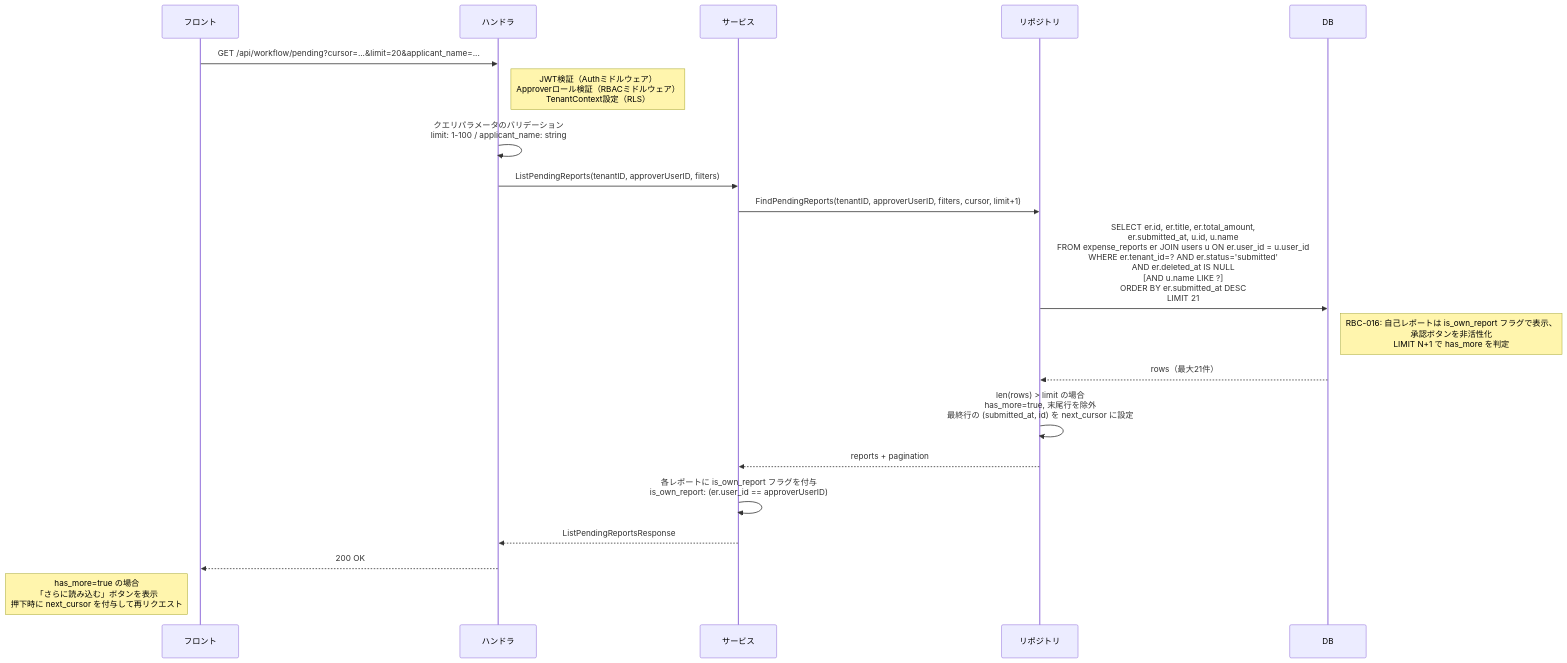
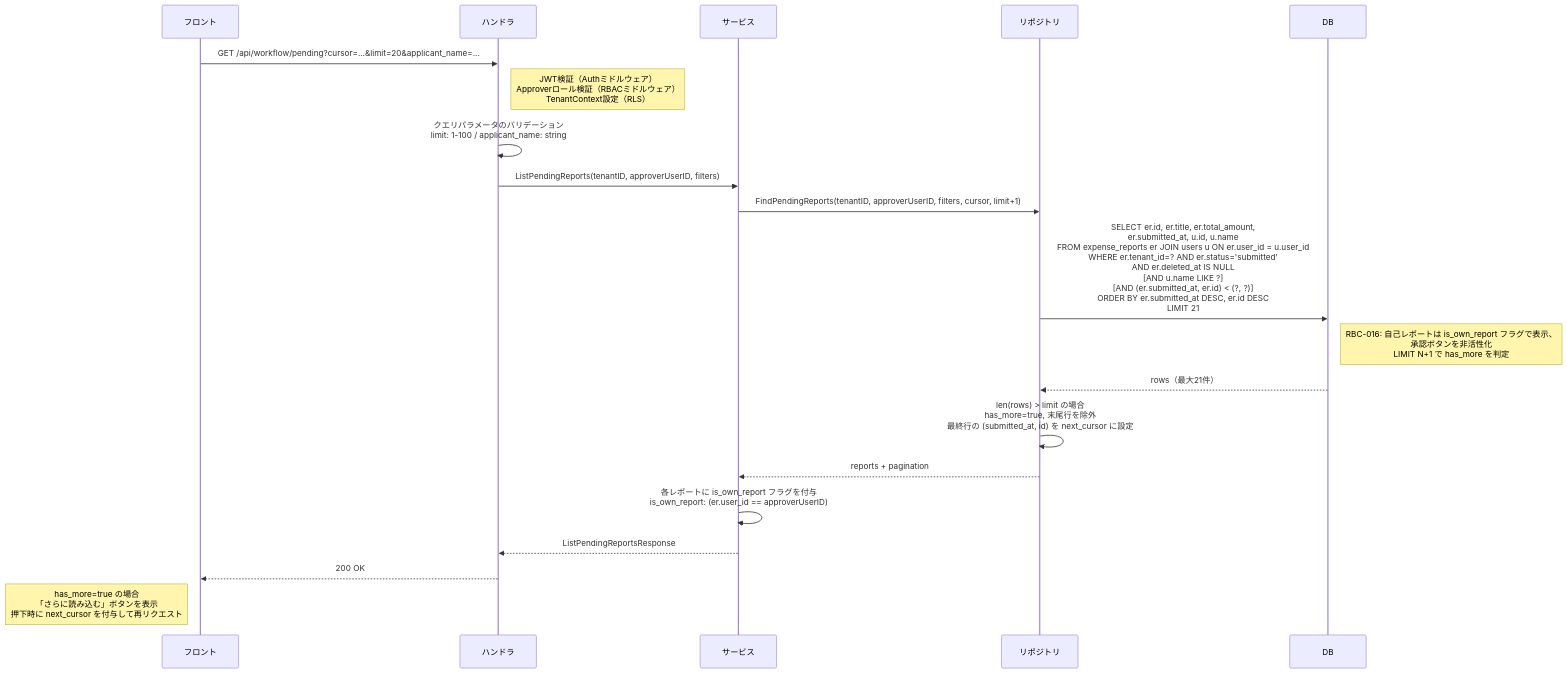
Before and after one commit to atsuro128/dev-journal: the diagram in deliverables/docs/50_detail_design/screens/workflow-pending.md, drawn with Mermaid. The commit also changed 3 other files, not shown here.

First line of the commit message:
fix: codex レビュー指摘3件を修正（シーケンス図）

````diff
--- a/deliverables/docs/50_detail_design/screens/workflow-pending.md
+++ b/deliverables/docs/50_detail_design/screens/workflow-pending.md
@@ -272,23 +272,23 @@
 ```mermaid
 sequenceDiagram
     participant F as フロント
     participant H as ハンドラ
     participant S as サービス
     participant R as リポジトリ
     participant DB as DB
 
     F->>H: GET /api/workflow/pending?cursor=...&limit=20&applicant_name=...
     Note right of H: JWT検証（Authミドルウェア）<br/>Approverロール検証（RBACミドルウェア）<br/>TenantContext設定（RLS）
     H->>H: クエリパラメータのバリデーション<br/>limit: 1-100 / applicant_name: string
     H->>S: ListPendingReports(tenantID, approverUserID, filters)
     S->>R: FindPendingReports(tenantID, approverUserID, filters, cursor, limit+1)
-    R->>DB: SELECT er.id, er.title, er.total_amount,<br/>er.submitted_at, u.id, u.name<br/>FROM expense_reports er JOIN users u ON er.user_id = u.user_id<br/>WHERE er.tenant_id=? AND er.status='submitted'<br/>AND er.deleted_at IS NULL<br/>[AND u.name LIKE ?]<br/>ORDER BY er.submitted_at DESC<br/>LIMIT 21
+    R->>DB: SELECT er.id, er.title, er.total_amount,<br/>er.submitted_at, u.id, u.name<br/>FROM expense_reports er JOIN users u ON er.user_id = u.user_id<br/>WHERE er.tenant_id=? AND er.status='submitted'<br/>AND er.deleted_at IS NULL<br/>[AND u.name LIKE ?]<br/>[AND (er.submitted_at, er.id) < (?, ?)]<br/>ORDER BY er.submitted_at DESC, er.id DESC<br/>LIMIT 21
     Note right of DB: RBC-016: 自己レポートは is_own_report フラグで表示、<br/>承認ボタンを非活性化<br/>LIMIT N+1 で has_more を判定
     DB-->>R: rows（最大21件）
     R->>R: len(rows) > limit の場合<br/>has_more=true, 末尾行を除外<br/>最終行の (submitted_at, id) を next_cursor に設定
     R-->>S: reports + pagination
     S->>S: 各レポートに is_own_report フラグを付与<br/>is_own_report: (er.user_id == approverUserID)
     S-->>H: ListPendingReportsResponse
     H-->>F: 200 OK
     Note left of F: has_more=true の場合<br/>「さらに読み込む」ボタンを表示<br/>押下時に next_cursor を付与して再リクエスト
 ```
````
